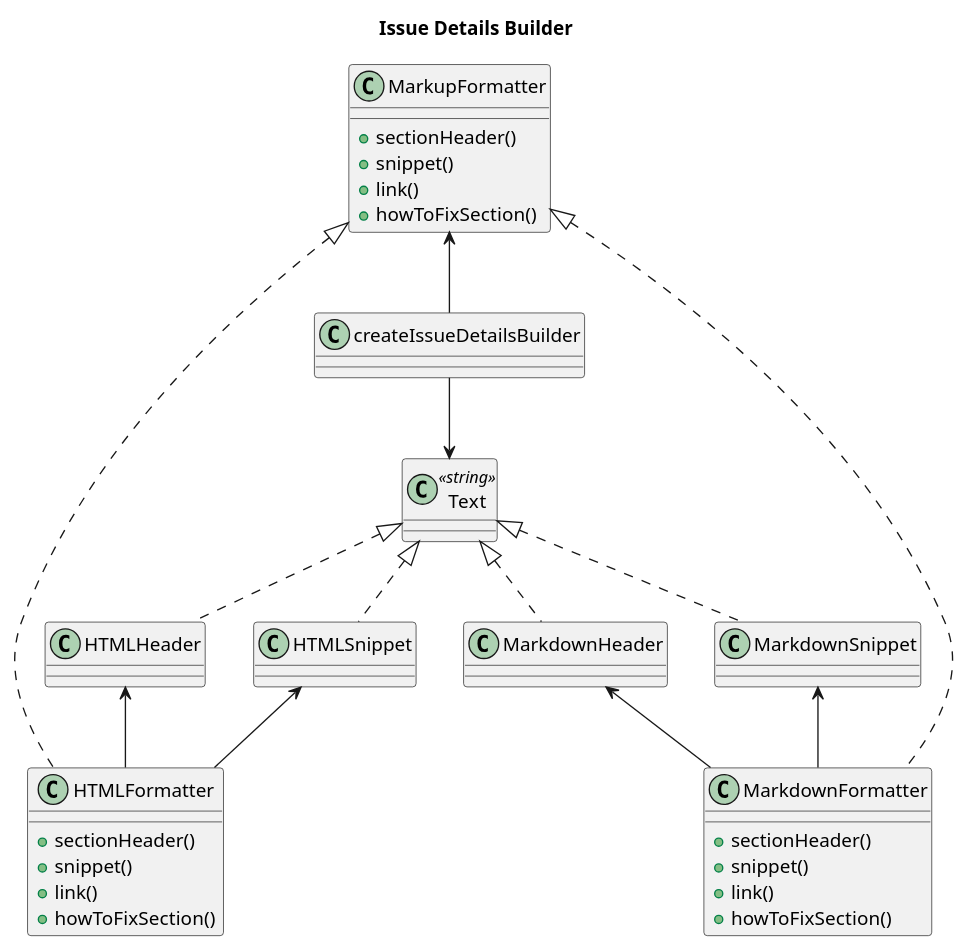
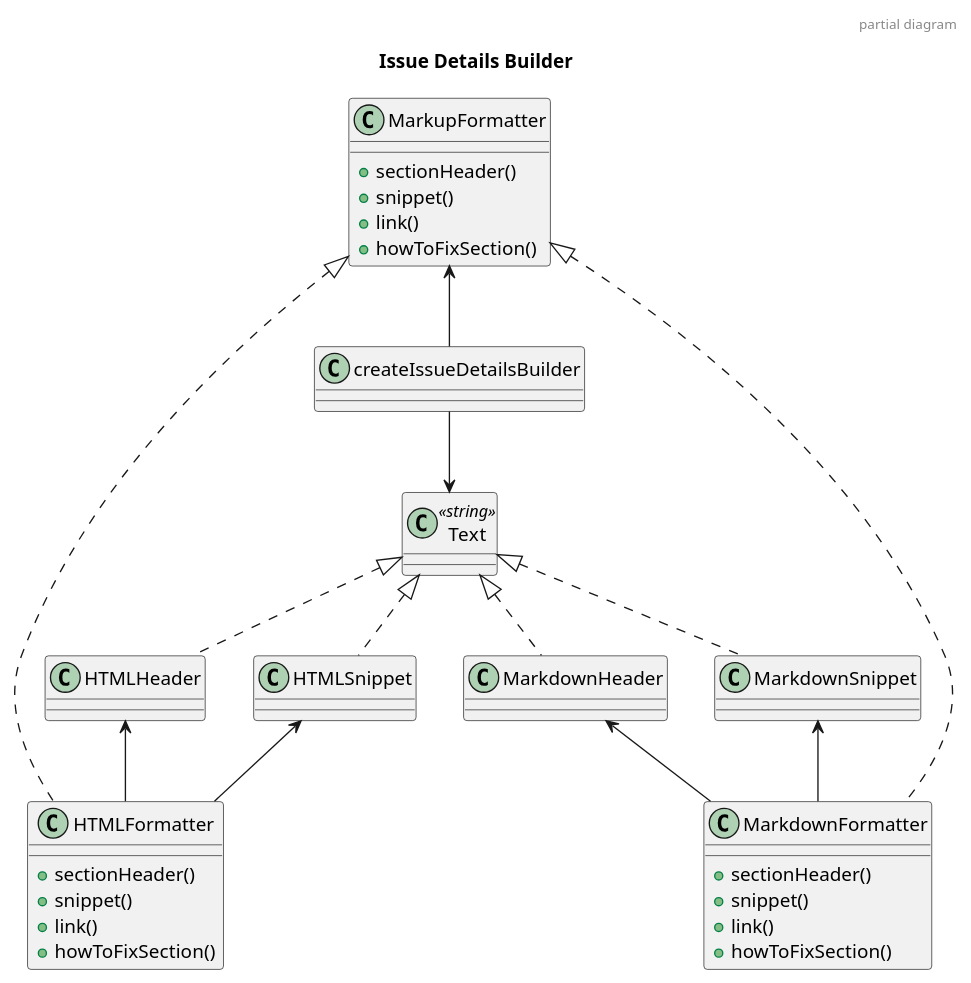
One commit to microsoft/accessibility-insights-web changed the diagram in docs/diagrams/src/issue-filing/issue-details-buider.puml. Above: the diagram before and after it, drawn with PlantUML.

Commit message:
add header

```diff
--- a/docs/diagrams/src/issue-filing/issue-details-buider.puml
+++ b/docs/diagrams/src/issue-filing/issue-details-buider.puml
@@ -3,52 +3,53 @@
 @startuml
 
 title Issue Details Builder
+header partial diagram
 
 class MarkupFormatter {
  +sectionHeader()
  +snippet()
  +link()
  +howToFixSection()
 }
 
 class HTMLFormatter {
  +sectionHeader()
  +snippet()
  +link()
  +howToFixSection()
 }
 
 class MarkdownFormatter {
  +sectionHeader()
  +snippet()
  +link()
  +howToFixSection()
 }
 
 class Text <<string>>
 class HTMLHeader
 class MarkdownHeader
 
 class HTMLSnippet
 class MarkdownSnippet
 
 class createIssueDetailsBuilder
 
 MarkupFormatter <-- createIssueDetailsBuilder
 
 createIssueDetailsBuilder --> Text
 
 MarkupFormatter <|.. HTMLFormatter
 MarkupFormatter <|.. MarkdownFormatter
 
 Text <|.. MarkdownHeader
 Text <|.. HTMLHeader
 Text <|.. HTMLSnippet
 Text <|.. MarkdownSnippet
 
 HTMLHeader <-- HTMLFormatter
 HTMLSnippet <-- HTMLFormatter
 MarkdownHeader <-- MarkdownFormatter
 MarkdownSnippet <-- MarkdownFormatter
 
 @enduml
```
